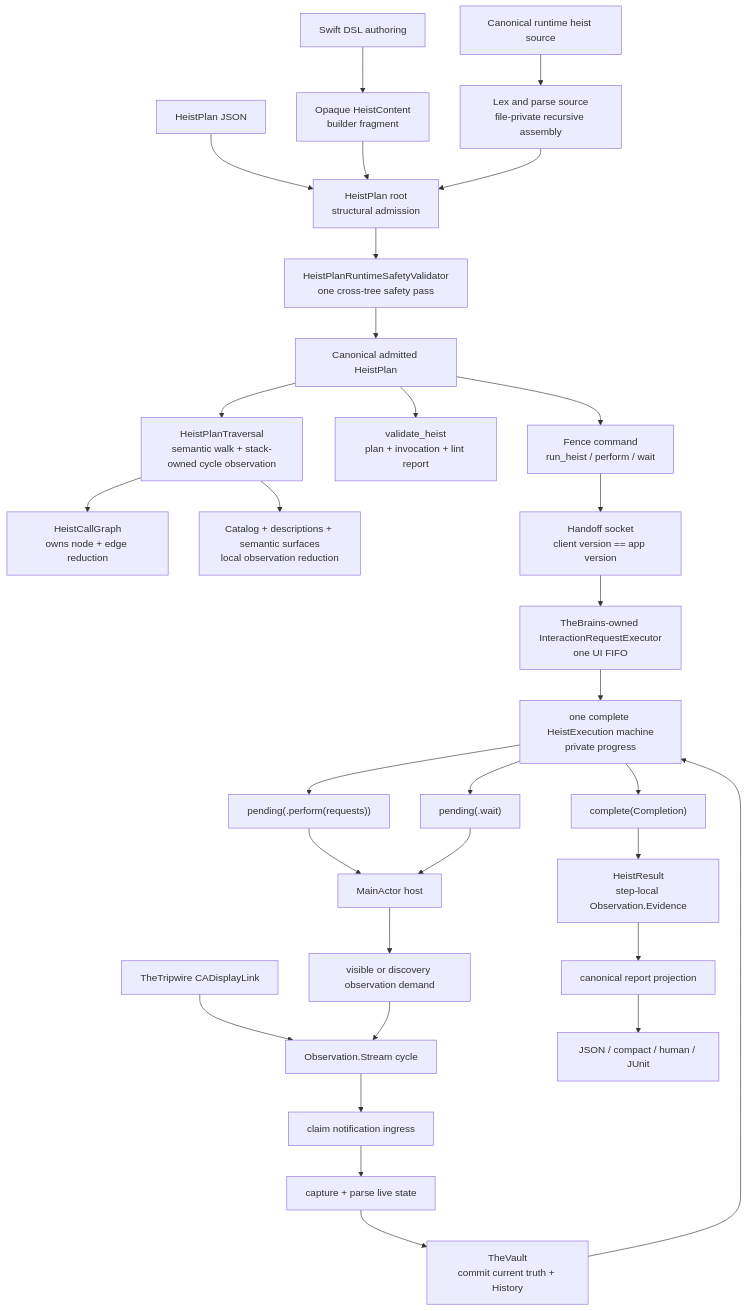
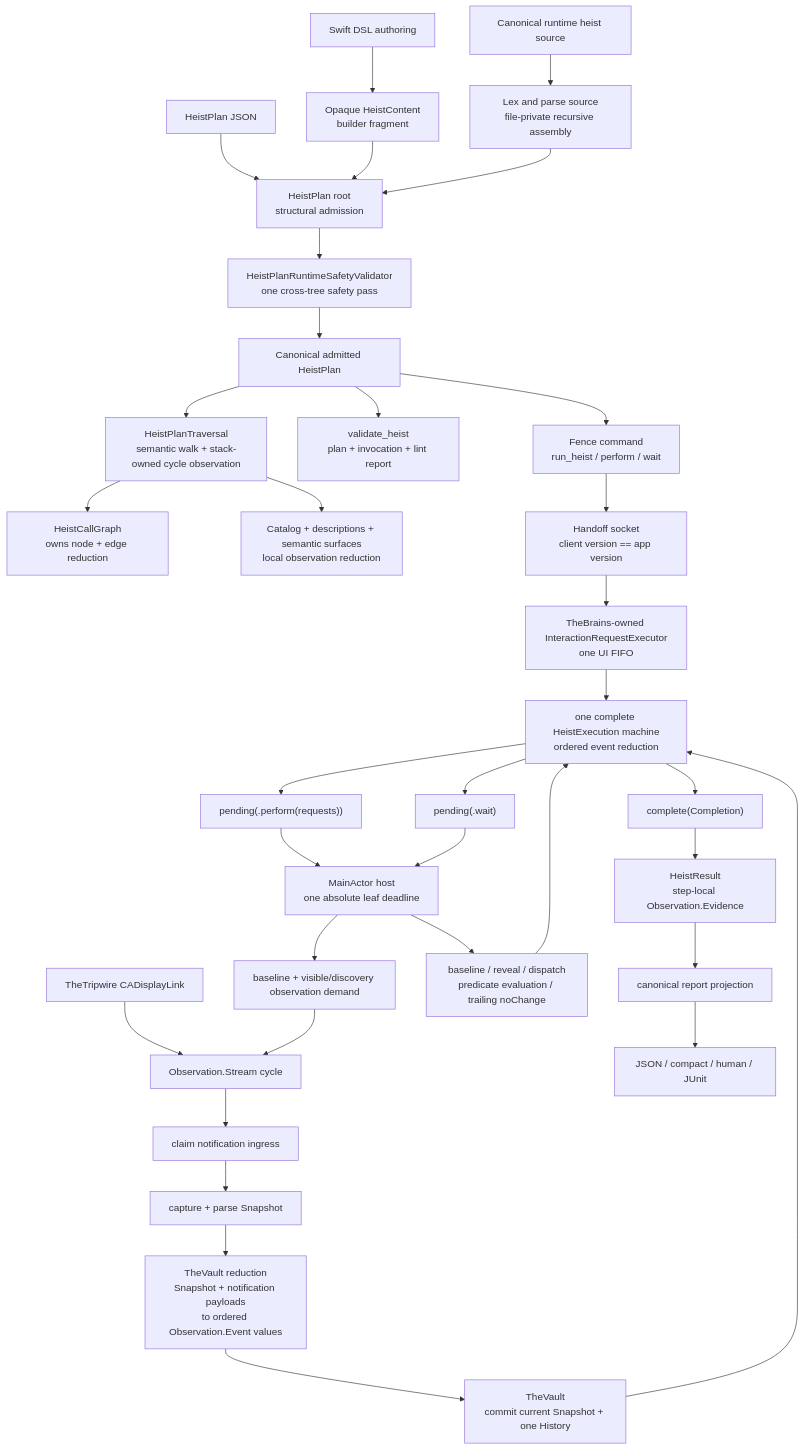
One commit to RoyalPineapple/TheButtonHeist changed the second of 2 diagrams in docs/ARCHITECTURE.md. Above: the diagram before and after it, drawn with Mermaid. The commit also changed other lines of this file and 3 other files, not shown here.

Commit message:
Correct observation architecture documentation

````diff
--- a/docs/ARCHITECTURE.md
+++ b/docs/ARCHITECTURE.md
@@ -708,34 +716,37 @@
 ```mermaid
 flowchart TD
     SwiftAuthor["Swift DSL authoring"] --> Fragment["Opaque HeistContent<br/>builder fragment"]
     SourceAuthor["Canonical runtime heist source"] --> Parse["Lex and parse source<br/>file-private recursive assembly"]
     JSONAuthor["HeistPlan JSON"] --> RootAdmission
     Fragment --> RootAdmission["HeistPlan root<br/>structural admission"]
     Parse --> RootAdmission
     RootAdmission --> Validate["HeistPlanRuntimeSafetyValidator<br/>one cross-tree safety pass"]
     Validate --> Plan["Canonical admitted HeistPlan"]
     Plan --> Walk["HeistPlanTraversal<br/>semantic walk + stack-owned cycle observation"]
     Walk --> Graph["HeistCallGraph<br/>owns node + edge reduction"]
     Walk --> Discovery["Catalog + descriptions + semantic surfaces<br/>local observation reduction"]
     Plan --> OfflineReport["validate_heist<br/>plan + invocation + lint report"]
     Plan --> FenceCommand["Fence command<br/>run_heist / perform / wait"]
     FenceCommand --> HandoffSocket["Handoff socket<br/>client version == app version"]
     HandoffSocket --> Executor["TheBrains-owned InteractionRequestExecutor<br/>one UI FIFO"]
 
-    Executor --> Machine["one complete HeistExecution machine<br/>private progress"]
-    Host["MainActor host"] --> Demand["visible or discovery observation demand"]
+    Executor --> Machine["one complete HeistExecution machine<br/>ordered event reduction"]
+    Host["MainActor host<br/>one absolute leaf deadline"] --> Demand["baseline + visible/discovery observation demand"]
     Link["TheTripwire CADisplayLink"] --> Cycle["Observation.Stream cycle"]
     Demand --> Cycle
     Cycle --> Claim["claim notification ingress"]
-    Claim --> Capture["capture + parse live state"]
-    Capture --> Vault["TheVault<br/>commit current truth + History"]
+    Claim --> Capture["capture + parse Snapshot"]
+    Capture --> Reduce["TheVault reduction<br/>Snapshot + notification payloads<br/>to ordered Observation.Event values"]
+    Reduce --> Vault["TheVault<br/>commit current Snapshot + one History"]
     Vault --> Machine
     Machine --> Perform["pending(.perform(requests))"]
     Machine --> Wait["pending(.wait)"]
     Machine --> Complete["complete(Completion)"]
     Perform --> Host
     Wait --> Host
+    Host --> LeafWork["baseline / reveal / dispatch<br/>predicate evaluation / trailing noChange"]
+    LeafWork --> Machine
     Complete --> Result["HeistResult<br/>step-local Observation.Evidence"]
     Result --> Project["canonical report projection"]
     Project --> Response["JSON / compact / human / JUnit"]
 ```
````
